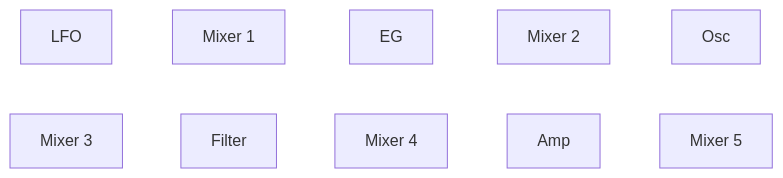
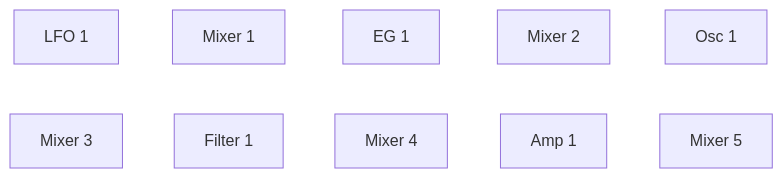
Before and after one commit to risgk/midi_synthesizer_spms1: the second of 2 diagrams in spms1_type0/README.ja.md, drawn with Mermaid. The commit also changed other lines of this file and 3 other files, not shown here.

````diff
--- a/spms1_type0/README.ja.md
+++ b/spms1_type0/README.ja.md
@@ -126,5 +129,5 @@
 ```mermaid
 flowchart LR
-  LFO[LFO] ~~~ MIX1[Mixer 1] ~~~ EG[EG] ~~~ MIX2[Mixer 2] ~~~ OSC[Osc]
-  MIX3[Mixer 3] ~~~ FILTER[Filter] ~~~ MIX4[Mixer 4] ~~~ AMP[Amp] ~~~ MIX5[Mixer 5]
+  LFO[LFO 1] ~~~ MIX1[Mixer 1] ~~~ EG[EG 1] ~~~ MIX2[Mixer 2] ~~~ OSC[Osc 1]
+  MIX3[Mixer 3] ~~~ FILTER[Filter 1] ~~~ MIX4[Mixer 4] ~~~ AMP[Amp 1] ~~~ MIX5[Mixer 5]
 ```
````
